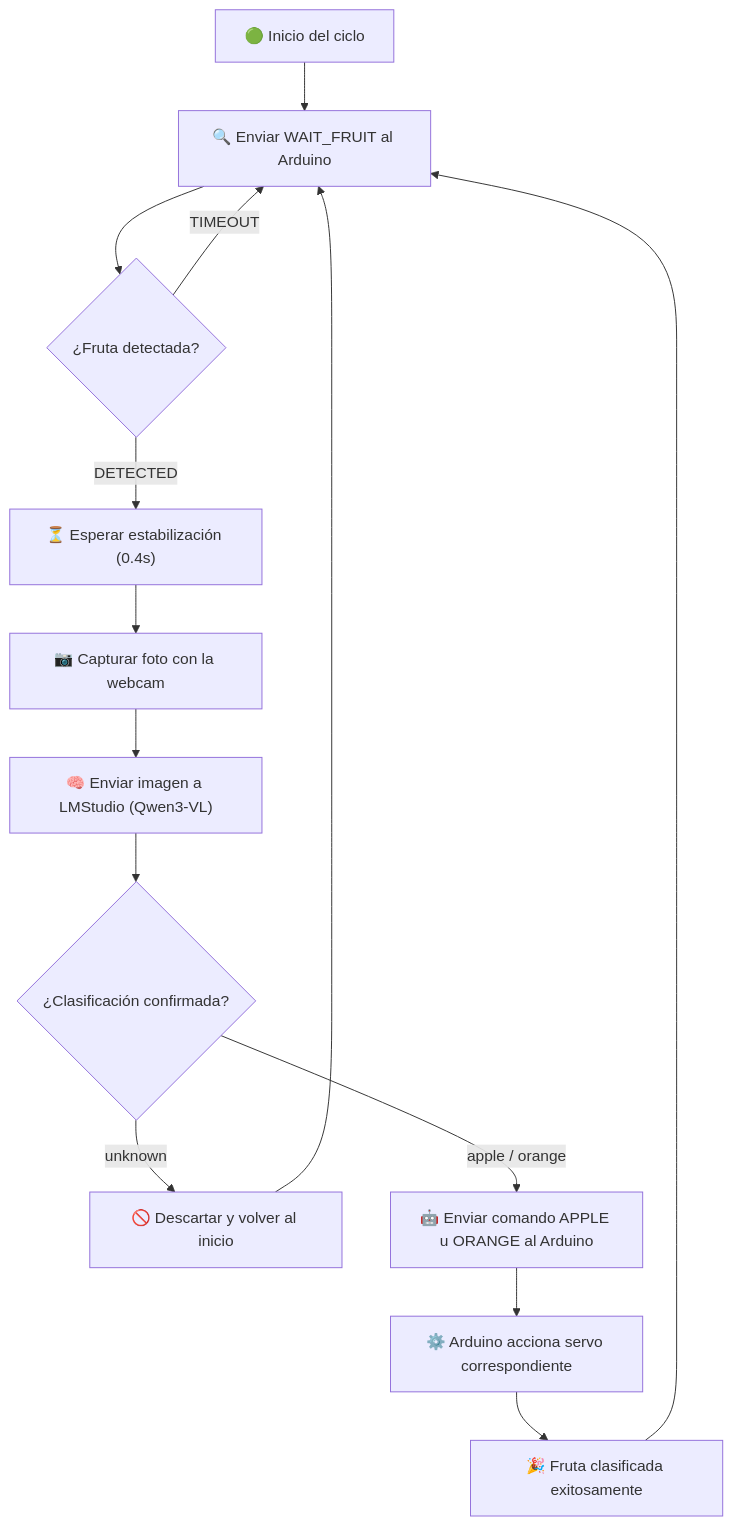
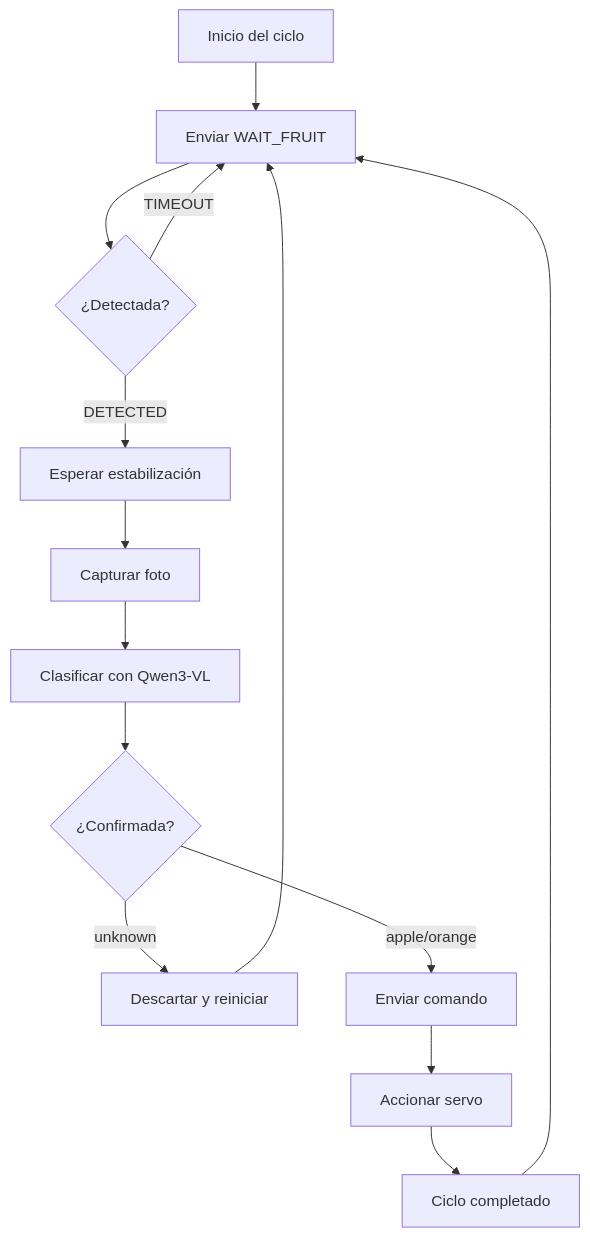
The diagram in README.md (AndresMondragon2004/Clasificador-de-frutas-), drawn with Mermaid before and after one commit. The commit also changed other lines of this file, not shown here.

Commit message:
Actualización del README

````diff
--- a/README.md
+++ b/README.md
@@ -98,16 +98,16 @@
 ```mermaid
 flowchart TD
-    A["🟢 Inicio del ciclo"] --> B["🔍 Enviar WAIT_FRUIT al Arduino"]
-    B --> C{"¿Fruta detectada?"}
+    A["Inicio del ciclo"] --> B["Enviar WAIT_FRUIT"]
+    B --> C{"¿Detectada?"}
     C -- "TIMEOUT" --> B
-    C -- "DETECTED" --> D["⏳ Esperar estabilización (0.4s)"]
-    D --> E["📷 Capturar foto con la webcam"]
-    E --> F["🧠 Enviar imagen a LMStudio (Qwen3-VL)"]
-    F --> G{"¿Clasificación confirmada?"}
-    G -- "unknown" --> H["🚫 Descartar y volver al inicio"]
+    C -- "DETECTED" --> D["Esperar estabilización"]
+    D --> E["Capturar foto"]
+    E --> F["Clasificar con Qwen3-VL"]
+    F --> G{"¿Confirmada?"}
+    G -- "unknown" --> H["Descartar y reiniciar"]
     H --> B
-    G -- "apple / orange" --> I["🤖 Enviar comando APPLE u ORANGE al Arduino"]
-    I --> J["⚙️ Arduino acciona servo correspondiente"]
-    J --> K["🎉 Fruta clasificada exitosamente"]
+    G -- "apple/orange" --> I["Enviar comando"]
+    I --> J["Accionar servo"]
+    J --> K["Ciclo completado"]
     K --> B
 ```
````
